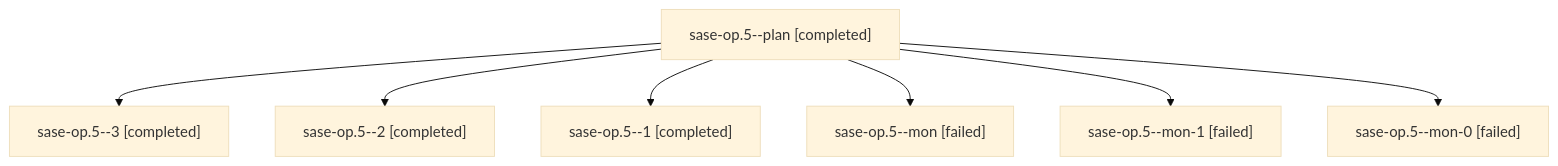
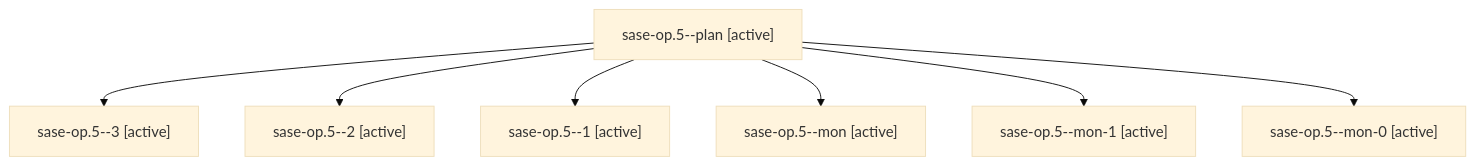
Before and after one commit to sase-org/sase--agents: the diagram in families/bbugyi200.athena.sase-op.5.md, drawn with Mermaid (base theme). The commit also changed other lines of this file and 35830 other files, not shown here.

````diff
--- a/families/bbugyi200.athena.sase-op.5.md
+++ b/families/bbugyi200.athena.sase-op.5.md
@@ -9,16 +9,16 @@
 ```mermaid
 flowchart TD
-  n0["sase-op.5--plan [completed]"]
-  n1["sase-op.5--3 [completed]"]
+  n0["sase-op.5--plan [active]"]
+  n1["sase-op.5--3 [active]"]
   n0 --> n1
-  n2["sase-op.5--2 [completed]"]
+  n2["sase-op.5--2 [active]"]
   n0 --> n2
-  n3["sase-op.5--1 [completed]"]
+  n3["sase-op.5--1 [active]"]
   n0 --> n3
-  n4["sase-op.5--mon [failed]"]
+  n4["sase-op.5--mon [active]"]
   n0 --> n4
-  n5["sase-op.5--mon-1 [failed]"]
+  n5["sase-op.5--mon-1 [active]"]
   n0 --> n5
-  n6["sase-op.5--mon-0 [failed]"]
+  n6["sase-op.5--mon-0 [active]"]
   n0 --> n6
 ```
````
